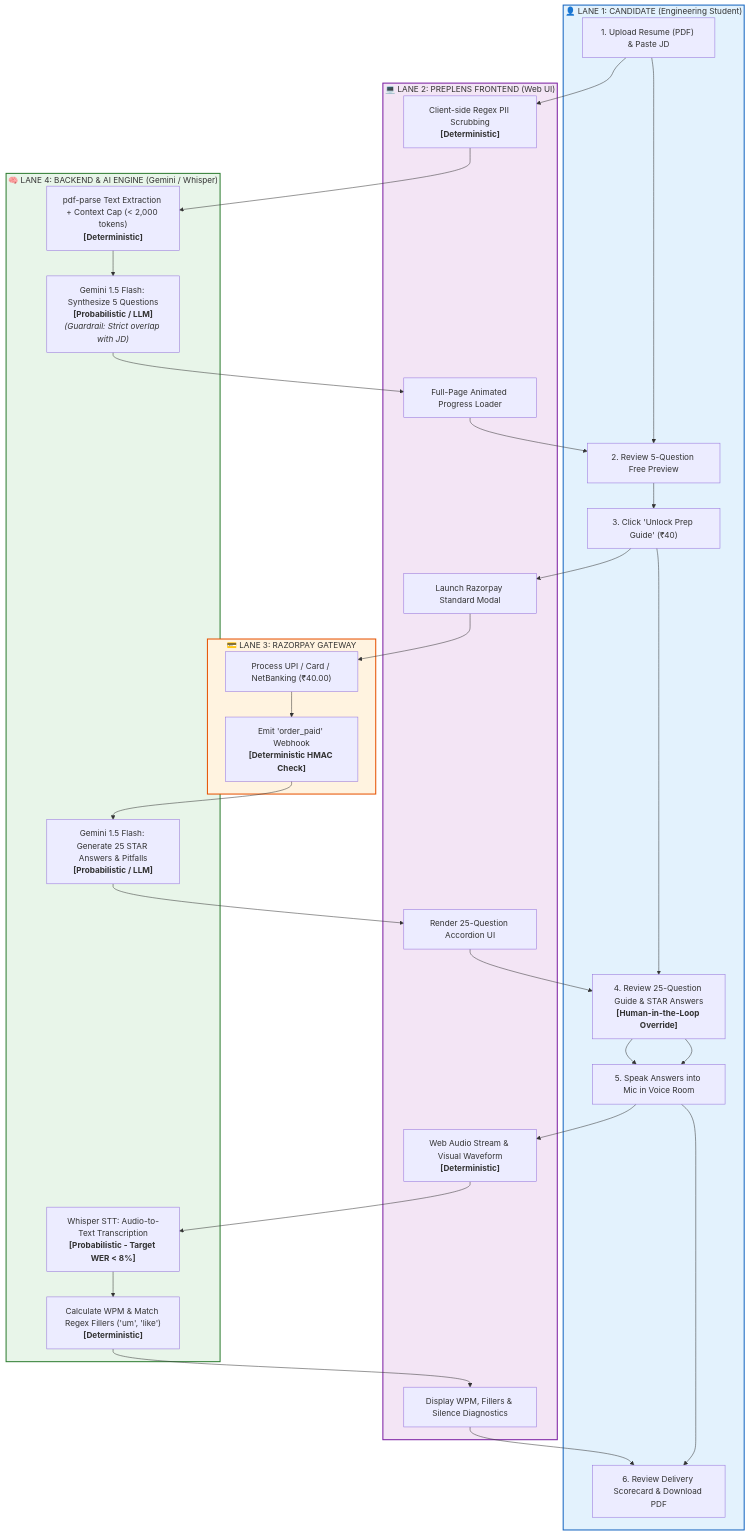
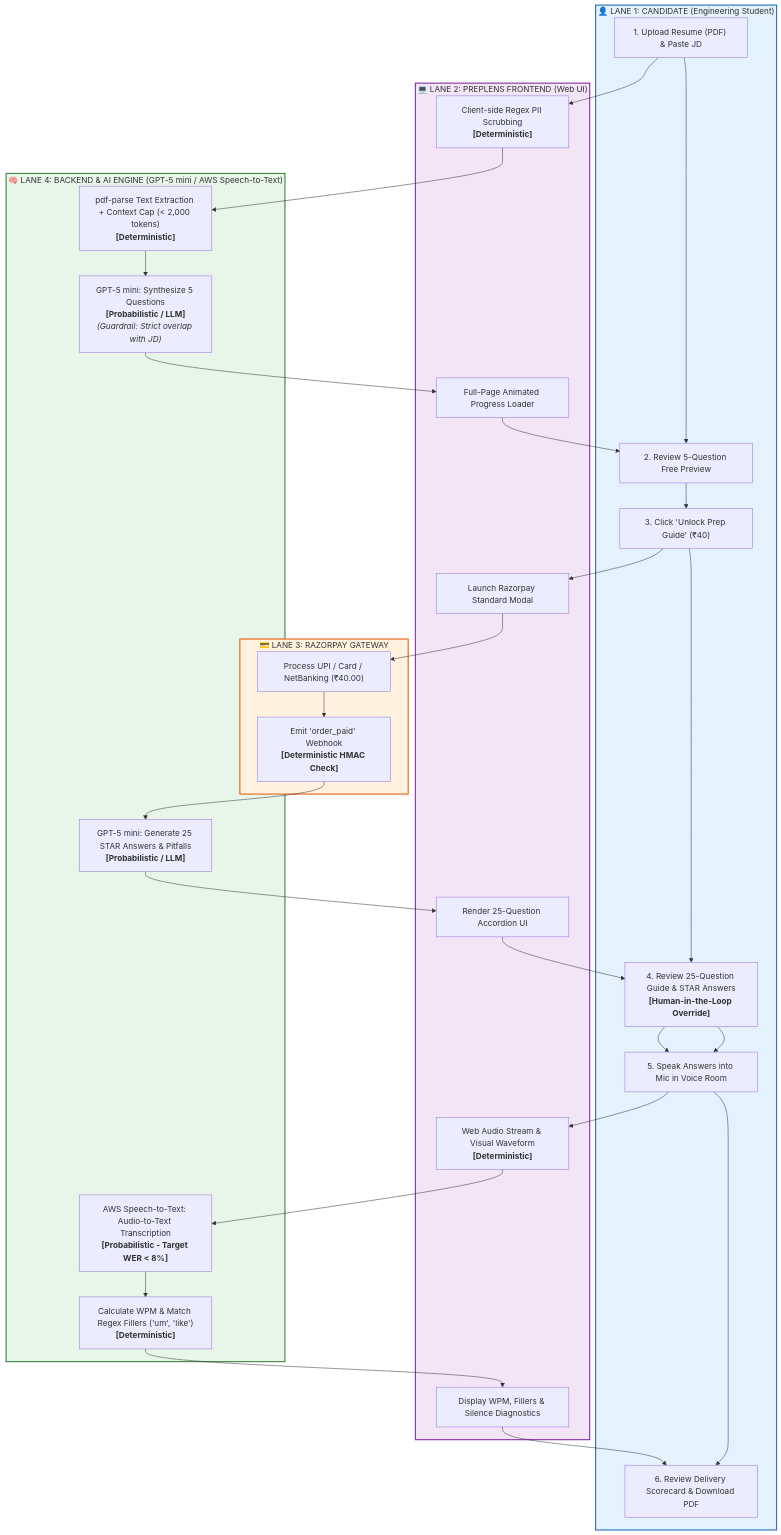
Before and after one commit to MAIP2026July/Team_006: the diagram in 04_UX_and_Workflow.md, drawn with Mermaid. The commit also changed 7 other files, not shown here.

First line of the commit message:
Updated swimlane diagram

````diff
--- a/04_UX_and_Workflow.md
+++ b/04_UX_and_Workflow.md
@@ -12,47 +12,47 @@
 ```mermaid
 graph TD
     %% Lane 1: Candidate Actions
     subgraph Lane_Candidate["👤 LANE 1: CANDIDATE (Engineering Student)"]
         A1["1. Upload Resume (PDF) & Paste JD"] --> A2["2. Review 5-Question Free Preview"]
         A2 --> A3["3. Click 'Unlock Prep Guide' (₹40)"]
         A3 --> A4["4. Review 25-Question Guide & STAR Answers<br><b>[Human-in-the-Loop Override]</b>"]
         A4 --> A5["5. Speak Answers into Mic in Voice Room"]
         A5 --> A6["6. Review Delivery Scorecard & Download PDF"]
     end
 
     %% Lane 2: Frontend UI
     subgraph Lane_Frontend["💻 LANE 2: PREPLENS FRONTEND (Web UI)"]
         B1["Client-side Regex PII Scrubbing<br><b>[Deterministic]</b>"]
         B2["Full-Page Animated Progress Loader"]
         B3["Launch Razorpay Standard Modal"]
         B4["Render 25-Question Accordion UI"]
         B5["Web Audio Stream & Visual Waveform<br><b>[Deterministic]</b>"]
         B6["Display WPM, Fillers & Silence Diagnostics"]
     end
 
     %% Lane 3: Gateway
     subgraph Lane_Payment["💳 LANE 3: RAZORPAY GATEWAY"]
         C1["Process UPI / Card / NetBanking (₹40.00)"]
         C2["Emit 'order_paid' Webhook<br><b>[Deterministic HMAC Check]</b>"]
     end
 
     %% Lane 4: AI & Backend Engine
-    subgraph Lane_Backend_AI["🧠 LANE 4: BACKEND & AI ENGINE (Gemini / Whisper)"]
+    subgraph Lane_Backend_AI["🧠 LANE 4: BACKEND & AI ENGINE (GPT-5 mini / AWS Speech-to-Text)"]
         D1["pdf-parse Text Extraction + Context Cap (< 2,000 tokens)<br><b>[Deterministic]</b>"]
-        D2["Gemini 1.5 Flash: Synthesize 5 Questions<br><b>[Probabilistic / LLM]</b><br><i>(Guardrail: Strict overlap with JD)</i>"]
-        D3["Gemini 1.5 Flash: Generate 25 STAR Answers & Pitfalls<br><b>[Probabilistic / LLM]</b>"]
-        D4["Whisper STT: Audio-to-Text Transcription<br><b>[Probabilistic - Target WER &lt; 8%]</b>"]
+        D2["GPT-5 mini: Synthesize 5 Questions<br><b>[Probabilistic / LLM]</b><br><i>(Guardrail: Strict overlap with JD)</i>"]
+        D3["GPT-5 mini: Generate 25 STAR Answers & Pitfalls<br><b>[Probabilistic / LLM]</b>"]
+        D4["AWS Speech-to-Text: Audio-to-Text Transcription<br><b>[Probabilistic - Target WER &lt; 8%]</b>"]
         D5["Calculate WPM & Match Regex Fillers ('um', 'like')<br><b>[Deterministic]</b>"]
     end
 
     %% Cross-Lane Connections
     A1 --> B1 --> D1 --> D2 --> B2 --> A2
     A3 --> B3 --> C1 --> C2 --> D3 --> B4 --> A4
     A4 --> A5 --> B5 --> D4 --> D5 --> B6 --> A6
 
     %% Styling
     style Lane_Candidate fill:#e3f2fd,stroke:#1565c0,stroke-width:2px;
     style Lane_Frontend fill:#f3e5f5,stroke:#7b1fa2,stroke-width:2px;
     style Lane_Payment fill:#fff3e0,stroke:#e65100,stroke-width:2px;
     style Lane_Backend_AI fill:#e8f5e9,stroke:#2e7d32,stroke-width:2px;
 ```
````
